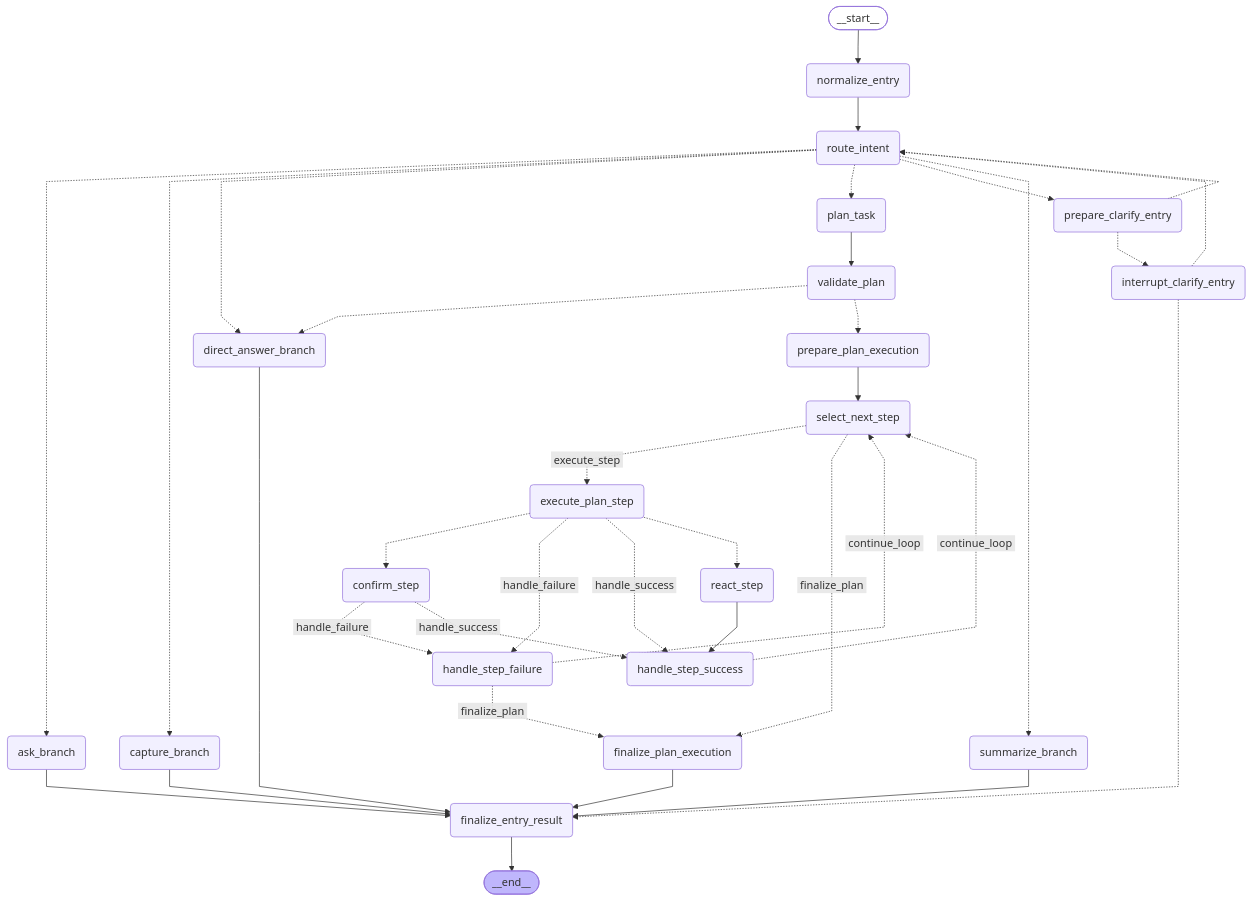
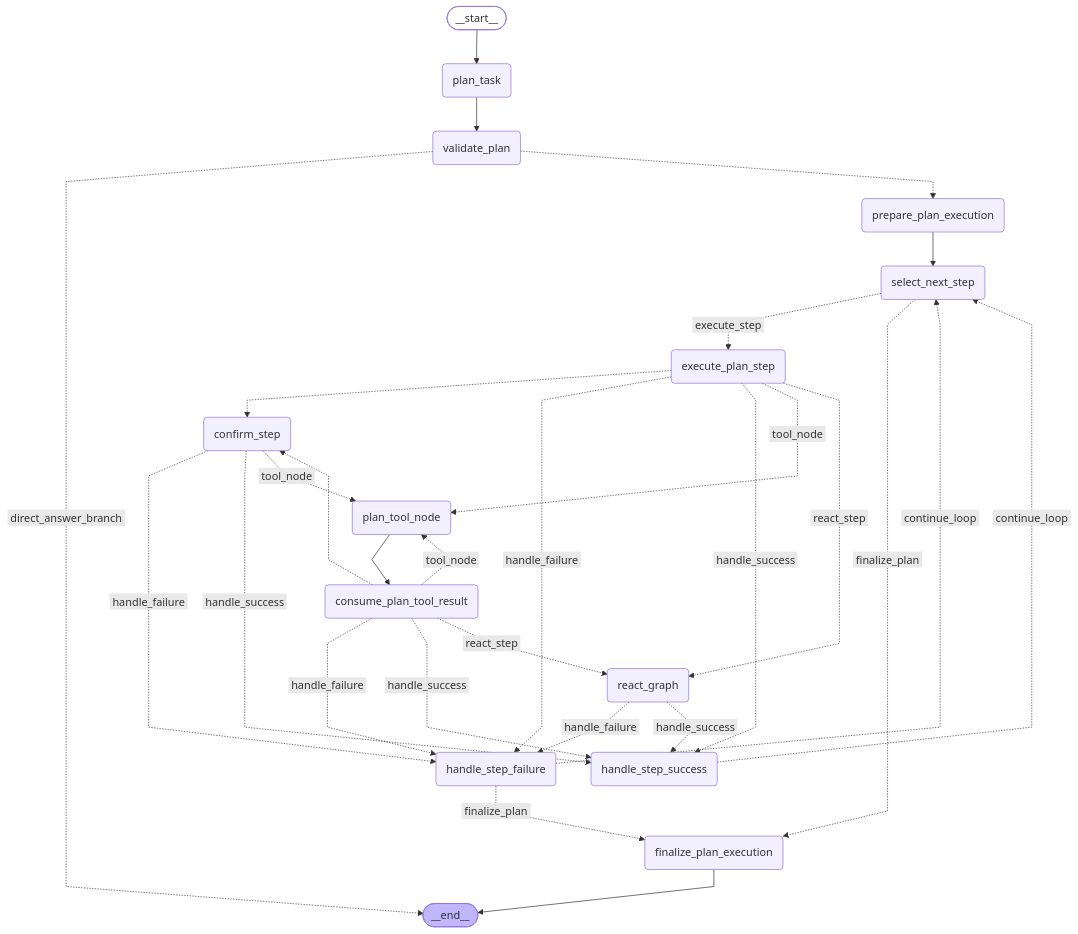
Before and after one commit to SkyLiberation/personalAgent: the third of 5 diagrams in scripts/assets/entry-orchestration.md, drawn with Mermaid. The commit also changed other lines of this file and 56 other files, not shown here.

````diff
--- a/scripts/assets/entry-orchestration.md
+++ b/scripts/assets/entry-orchestration.md
@@ -1,67 +67,53 @@
 ```mermaid
 ---
 config:
   flowchart:
     curve: linear
 ---
 graph TD;
 	__start__([<p>__start__</p>]):::first
-	normalize_entry(normalize_entry)
-	prepare_clarify_entry(prepare_clarify_entry)
-	interrupt_clarify_entry(interrupt_clarify_entry)
-	route_intent(route_intent)
 	plan_task(plan_task)
 	validate_plan(validate_plan)
-	capture_branch(capture_branch)
-	ask_branch(ask_branch)
-	summarize_branch(summarize_branch)
-	direct_answer_branch(direct_answer_branch)
-	finalize_entry_result(finalize_entry_result)
 	prepare_plan_execution(prepare_plan_execution)
 	select_next_step(select_next_step)
 	execute_plan_step(execute_plan_step)
 	handle_step_success(handle_step_success)
 	handle_step_failure(handle_step_failure)
 	confirm_step(confirm_step)
-	react_step(react_step)
+	plan_tool_node(plan_tool_node)
+	consume_plan_tool_result(consume_plan_tool_result)
+	react_graph(react_graph)
 	finalize_plan_execution(finalize_plan_execution)
 	__end__([<p>__end__</p>]):::last
-	__start__ --> normalize_entry;
-	ask_branch --> finalize_entry_result;
-	capture_branch --> finalize_entry_result;
+	__start__ --> plan_task;
 	confirm_step -. &nbsp;handle_failure&nbsp; .-> handle_step_failure;
 	confirm_step -. &nbsp;handle_success&nbsp; .-> handle_step_success;
-	direct_answer_branch --> finalize_entry_result;
+	confirm_step -. &nbsp;tool_node&nbsp; .-> plan_tool_node;
+	consume_plan_tool_result -.-> confirm_step;
+	consume_plan_tool_result -. &nbsp;handle_failure&nbsp; .-> handle_step_failure;
+	consume_plan_tool_result -. &nbsp;handle_success&nbsp; .-> handle_step_success;
+	consume_plan_tool_result -. &nbsp;tool_node&nbsp; .-> plan_tool_node;
+	consume_plan_tool_result -. &nbsp;react_step&nbsp; .-> react_graph;
 	execute_plan_step -.-> confirm_step;
 	execute_plan_step -. &nbsp;handle_failure&nbsp; .-> handle_step_failure;
 	execute_plan_step -. &nbsp;handle_success&nbsp; .-> handle_step_success;
-	execute_plan_step -.-> react_step;
-	finalize_plan_execution --> finalize_entry_result;
+	execute_plan_step -. &nbsp;tool_node&nbsp; .-> plan_tool_node;
+	execute_plan_step -. &nbsp;react_step&nbsp; .-> react_graph;
 	handle_step_failure -. &nbsp;finalize_plan&nbsp; .-> finalize_plan_execution;
 	handle_step_failure -. &nbsp;continue_loop&nbsp; .-> select_next_step;
 	handle_step_success -. &nbsp;continue_loop&nbsp; .-> select_next_step;
-	interrupt_clarify_entry -.-> finalize_entry_result;
-	interrupt_clarify_entry -.-> route_intent;
-	normalize_entry --> route_intent;
 	plan_task --> validate_plan;
-	prepare_clarify_entry -.-> interrupt_clarify_entry;
-	prepare_clarify_entry -.-> route_intent;
+	plan_tool_node --> consume_plan_tool_result;
 	prepare_plan_execution --> select_next_step;
-	react_step --> handle_step_success;
-	route_intent -.-> ask_branch;
-	route_intent -.-> capture_branch;
-	route_intent -.-> direct_answer_branch;
-	route_intent -.-> plan_task;
-	route_intent -.-> prepare_clarify_entry;
-	route_intent -.-> summarize_branch;
+	react_graph -. &nbsp;handle_failure&nbsp; .-> handle_step_failure;
+	react_graph -. &nbsp;handle_success&nbsp; .-> handle_step_success;
 	select_next_step -. &nbsp;execute_step&nbsp; .-> execute_plan_step;
 	select_next_step -. &nbsp;finalize_plan&nbsp; .-> finalize_plan_execution;
-	summarize_branch --> finalize_entry_result;
-	validate_plan -.-> direct_answer_branch;
+	validate_plan -. &nbsp;direct_answer_branch&nbsp; .-> __end__;
 	validate_plan -.-> prepare_plan_execution;
-	finalize_entry_result --> __end__;
+	finalize_plan_execution --> __end__;
 	classDef default fill:#f2f0ff,line-height:1.2
 	classDef first fill-opacity:0
 	classDef last fill:#bfb6fc
 
 ```
````
